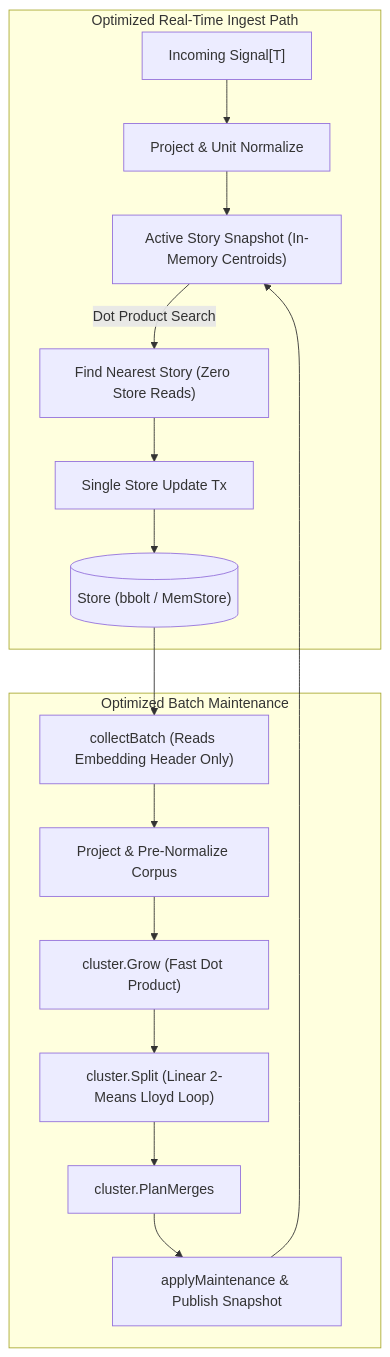
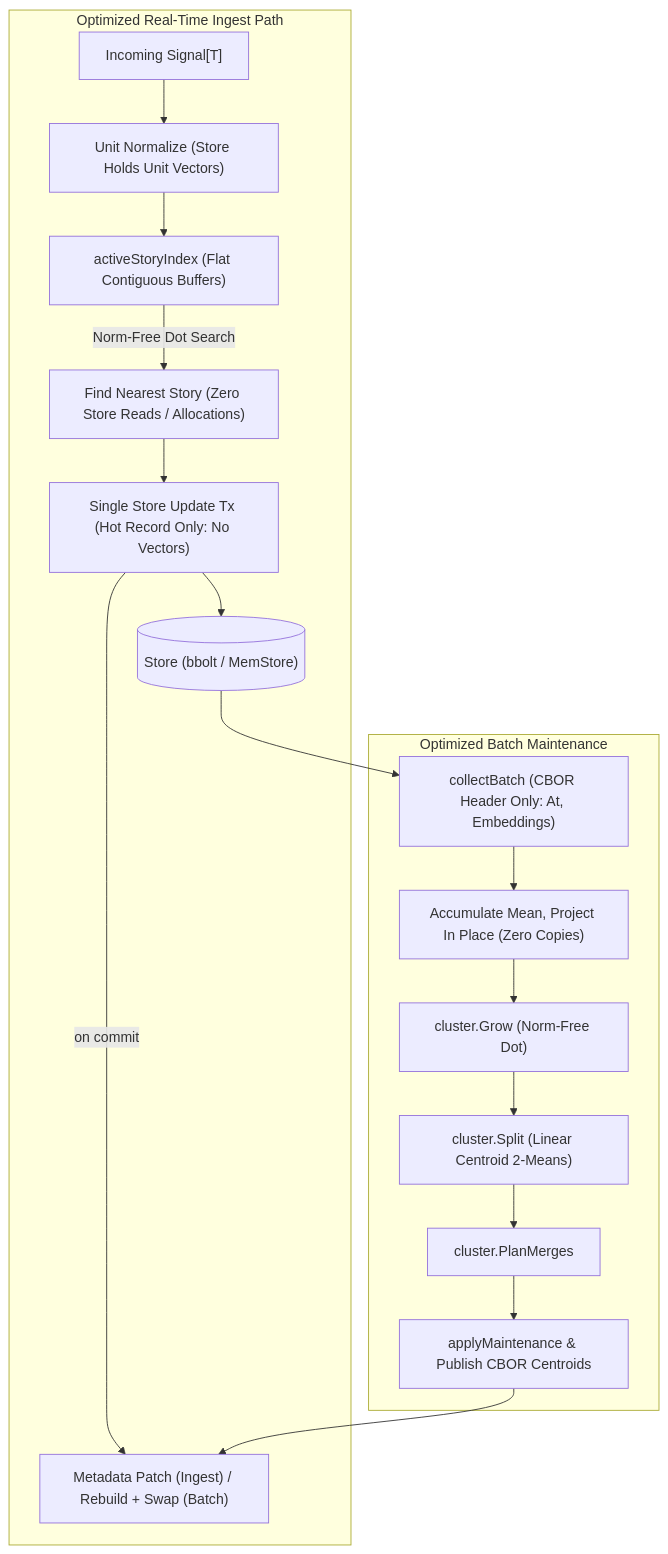
One commit to kampff-net/streaming-story changed the diagram in spec/008_performance_optimizations/spec.md. Above: the diagram before and after it, drawn with Mermaid. The commit also changed other lines of this file and 1 other file, not shown here.

````diff
--- a/spec/008_performance_optimizations/spec.md
+++ b/spec/008_performance_optimizations/spec.md
@@ -57,20 +101,21 @@
 ```mermaid
 flowchart TD
     subgraph IngestPath["Optimized Real-Time Ingest Path"]
-        SIG["Incoming Signal[T]"] --> PROJ["Project & Unit Normalize"]
-        PROJ --> SNAP["Active Story Snapshot (In-Memory Centroids)"]
-        SNAP -->|Dot Product Search| BEST["Find Nearest Story (Zero Store Reads)"]
-        BEST --> TX["Single Store Update Tx"]
+        SIG["Incoming Signal[T]"] --> PROJ["Unit Normalize (Store Holds Unit Vectors)"]
+        PROJ --> SNAP["activeStoryIndex (Flat Contiguous Buffers)"]
+        SNAP -->|Norm-Free Dot Search| BEST["Find Nearest Story (Zero Store Reads / Allocations)"]
+        BEST --> TX["Single Store Update Tx (Hot Record Only: No Vectors)"]
+        TX -->|on commit| SWAP["Metadata Patch (Ingest) / Rebuild + Swap (Batch)"]
         TX --> STORE[("Store (bbolt / MemStore)")]
     end
 
     subgraph BatchPath["Optimized Batch Maintenance"]
-        STORE --> COLLECT["collectBatch (Reads Embedding Header Only)"]
-        COLLECT --> GEOM["Project & Pre-Normalize Corpus"]
-        GEOM --> GROW["cluster.Grow (Fast Dot Product)"]
-        GROW --> SPLIT["cluster.Split (Linear 2-Means Lloyd Loop)"]
+        STORE --> COLLECT["collectBatch (CBOR Header Only: At, Embeddings)"]
+        COLLECT --> GEOM["Accumulate Mean, Project In Place (Zero Copies)"]
+        GEOM --> GROW["cluster.Grow (Norm-Free Dot)"]
+        GROW --> SPLIT["cluster.Split (Linear Centroid 2-Means)"]
         SPLIT --> MERGE["cluster.PlanMerges"]
-        MERGE --> APPLY["applyMaintenance & Publish Snapshot"]
-        APPLY --> SNAP
+        MERGE --> APPLY["applyMaintenance & Publish CBOR Centroids"]
+        APPLY --> SWAP
     end
 ```
````
